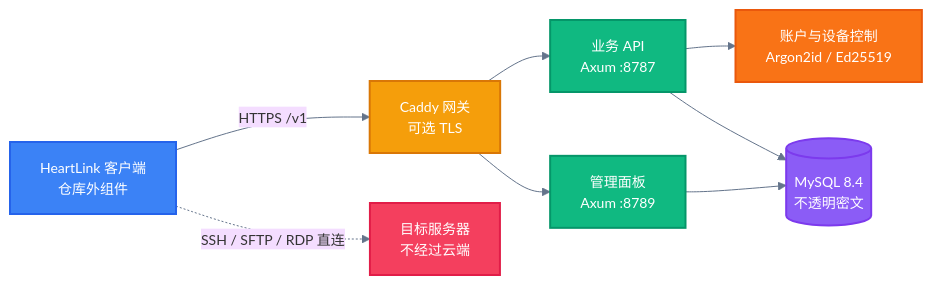
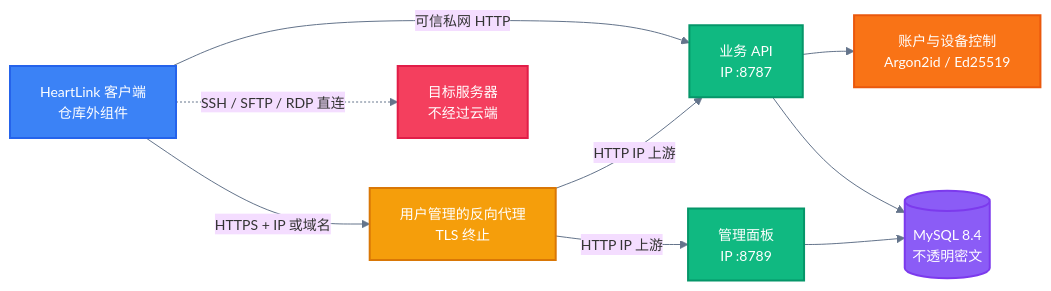
Before and after one commit to HEARTHROBXD/HeartLink-Self-Hosted: the diagram in README.md, drawn with Mermaid. The commit also changed other lines of this file and 3 other files, not shown here.

````diff
--- a/README.md
+++ b/README.md
@@ -100,25 +108,26 @@
 ```mermaid
 %%{init: {'theme': 'base', 'themeVariables': {'fontSize': '14px', 'lineColor': '#64748B'}}}%%
 graph LR
-    A[HeartLink 客户端<br/>仓库外组件] -->|HTTPS /v1| B[Caddy 网关<br/>可选 TLS]
-    B --> C[业务 API<br/>Axum :8787]
-    B --> D[管理面板<br/>Axum :8789]
+    A[HeartLink 客户端<br/>仓库外组件] -->|可信私网 HTTP| C[业务 API<br/>IP :8787]
+    A -->|HTTPS + IP 或域名| B[用户管理的反向代理<br/>TLS 终止]
+    B -->|HTTP IP 上游| C
+    B -->|HTTP IP 上游| D[管理面板<br/>IP :8789]
     C --> E[账户与设备控制<br/>Argon2id / Ed25519]
     C --> F[(MySQL 8.4<br/>不透明密文)]
     D --> F
     A -. SSH / SFTP / RDP 直连 .-> G[目标服务器<br/>不经过云端]
 
     classDef client fill:#3B82F6,stroke:#2563EB,color:#fff,stroke-width:2px
     classDef gateway fill:#F59E0B,stroke:#D97706,color:#fff,stroke-width:2px
     classDef service fill:#10B981,stroke:#059669,color:#fff,stroke-width:2px
     classDef auth fill:#F97316,stroke:#EA580C,color:#fff,stroke-width:2px
     classDef data fill:#8B5CF6,stroke:#7C3AED,color:#fff,stroke-width:2px
     classDef external fill:#F43F5E,stroke:#E11D48,color:#fff,stroke-width:2px
 
     class A client
     class B gateway
     class C,D service
     class E auth
     class F data
     class G external
 ```
````
